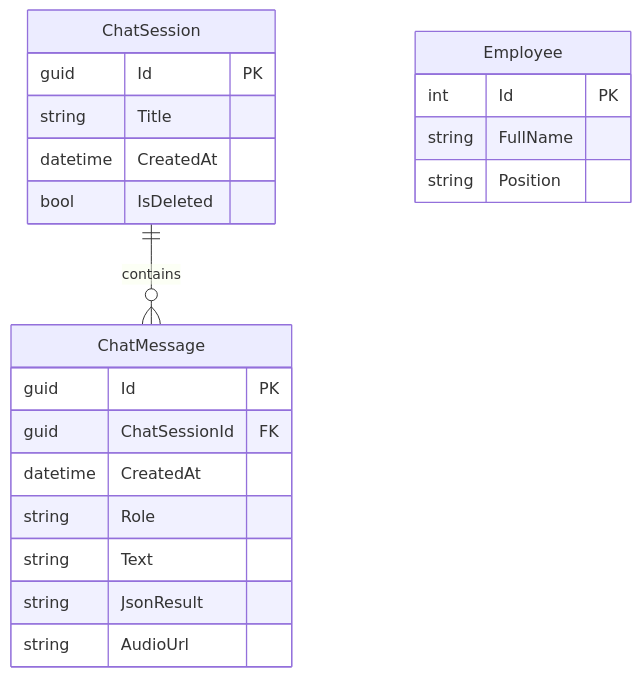
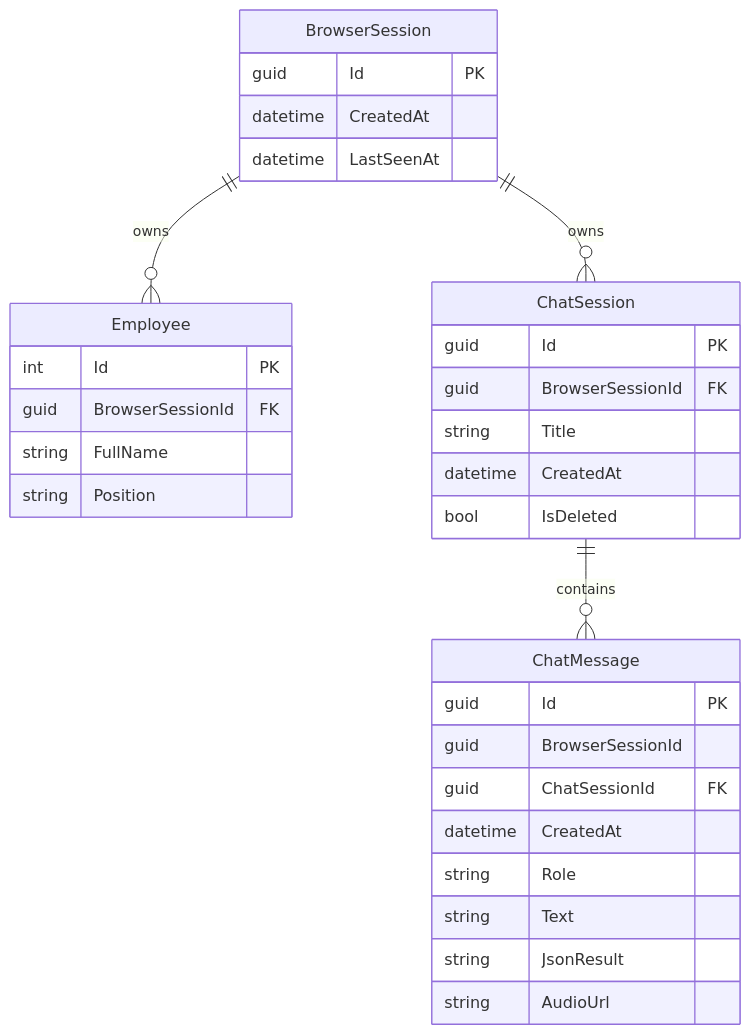
The second of 2 diagrams in README.md (OleksandrHutsul/VoxDB), drawn with Mermaid before and after one commit. The commit also changed other lines of this file and 18 other files, not shown here.

Commit message:
Add browser session data isolation

````diff
--- a/README.md
+++ b/README.md
@@ -176,24 +185,34 @@
 ```mermaid
 erDiagram
+    BrowserSession ||--o{ Employee : owns
+    BrowserSession ||--o{ ChatSession : owns
     ChatSession ||--o{ ChatMessage : contains
+    BrowserSession {
+        guid Id PK
+        datetime CreatedAt
+        datetime LastSeenAt
+    }
     Employee {
         int Id PK
+        guid BrowserSessionId FK
         string FullName
         string Position
     }
     ChatSession {
         guid Id PK
+        guid BrowserSessionId FK
         string Title
         datetime CreatedAt
         bool IsDeleted
     }
     ChatMessage {
         guid Id PK
+        guid BrowserSessionId
         guid ChatSessionId FK
         datetime CreatedAt
         string Role
         string Text
         string JsonResult
         string AudioUrl
     }
 ```
````
